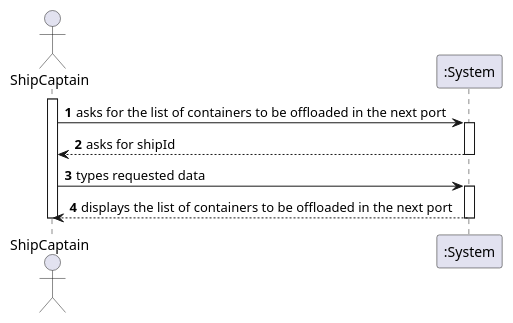
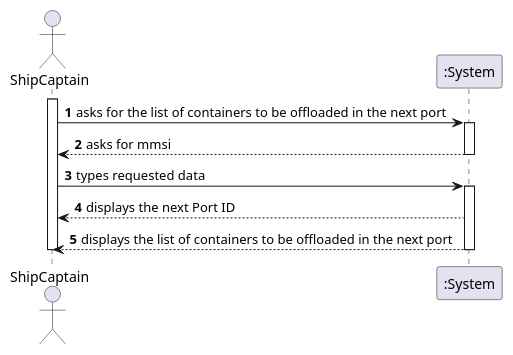
The diagram in docs/US205/US205_SSD.puml (ana-albergaria/LAPR3-ISEP), drawn with PlantUML before and after one commit. The commit also changed 1 other file, not shown here.

```diff
--- a/docs/US205/US205_SSD.puml
+++ b/docs/US205/US205_SSD.puml
@@ -1,18 +1,20 @@
 @startuml
 'https://plantuml.com/sequence-diagram
 
 autonumber
 actor ShipCaptain as C
 
 activate C
 C -> ":System" : asks for the list of containers to be offloaded in the next port
 activate ":System"
-":System" --> C : asks for shipId
+":System" --> C : asks for mmsi
 deactivate ":System"
 
 C -> ":System" : types requested data
 activate ":System"
+":System" --> C : displays the next Port ID
+
 ":System" --> C : displays the list of containers to be offloaded in the next port
 deactivate ":System"
 deactivate C
 @enduml
```
